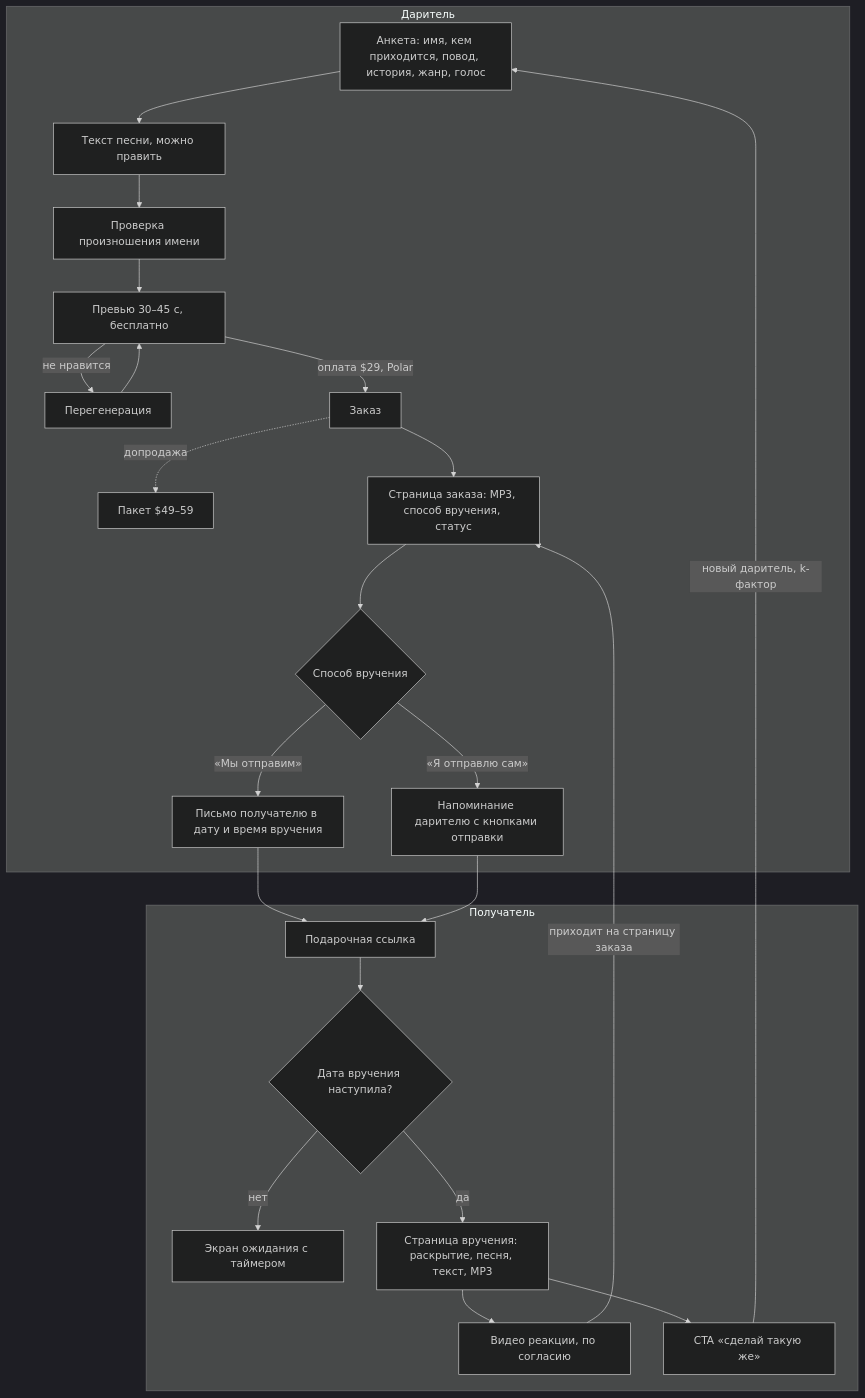
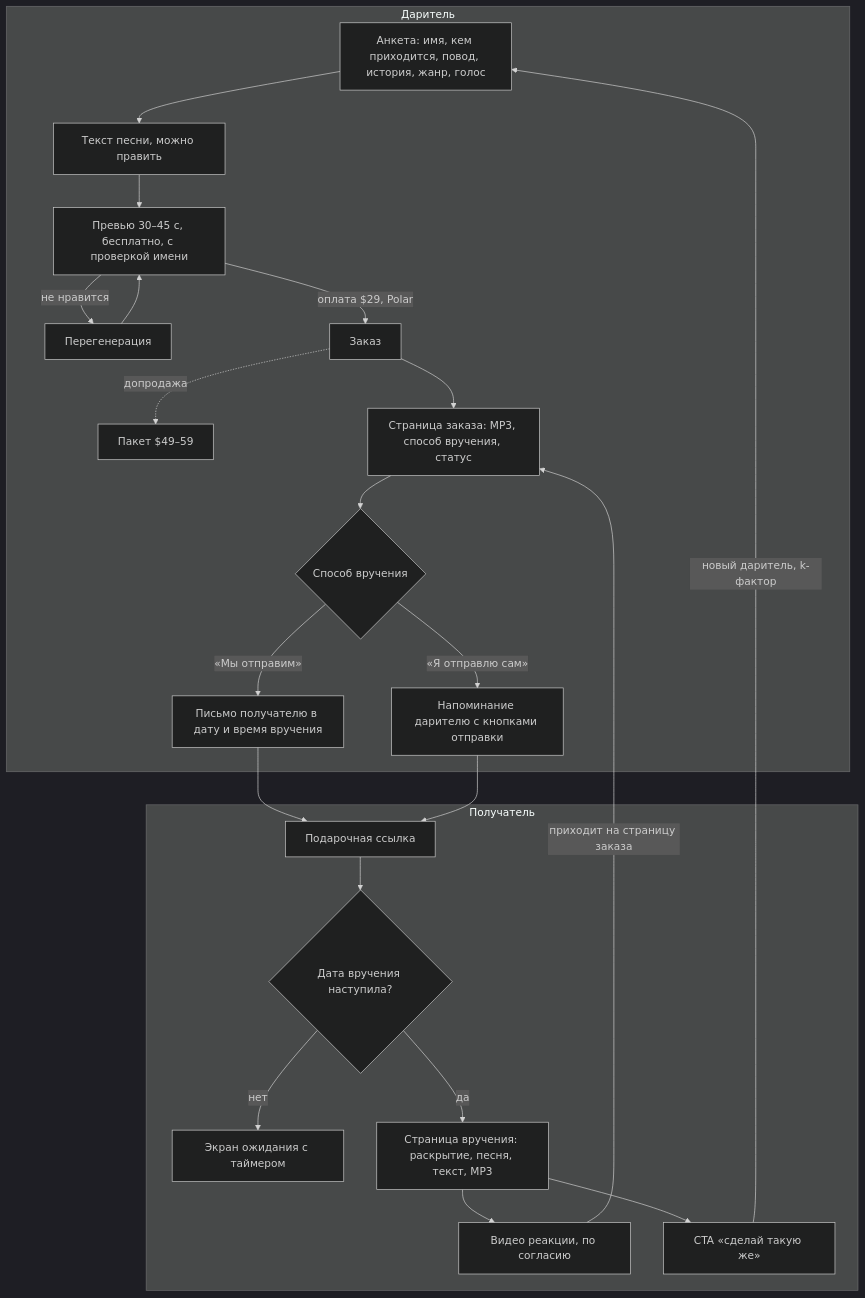
One commit to AlexMubarakshin/yoursongawaits changed the first of 3 diagrams in docs/research/05-decisions.md. Above: the diagram before and after it, drawn with Mermaid (dark theme). The commit also changed other lines of this file and 54 other files, not shown here.

Commit message:
PRD v0.8 and design canvas v73: shorter flow, name check on preview, one plan, flow review B-D

````diff
--- a/docs/research/05-decisions.md
+++ b/docs/research/05-decisions.md
@@ -62,26 +62,25 @@
 ```mermaid
 flowchart TD
     subgraph G["Даритель"]
         A[Анкета: имя, кем приходится, повод, история, жанр, голос] --> B[Текст песни, можно править]
-        B --> C[Проверка произношения имени]
-        C --> D[Превью 30–45 с, бесплатно]
+        B --> D[Превью 30–45 с, бесплатно, с проверкой имени]
         D -->|не нравится| R[Перегенерация] --> D
         D -->|оплата $29, Polar| E[Заказ]
         E -.->|допродажа| P[Пакет $49–59]
         E --> F[Страница заказа: MP3, способ вручения, статус]
         F --> M{Способ вручения}
         M -->|«Мы отправим»| AE[Письмо получателю в дату и время вручения]
         M -->|«Я отправлю сам»| SR[Напоминание дарителю с кнопками отправки]
     end
     subgraph RC["Получатель"]
         AE --> L[Подарочная ссылка]
         SR --> L
         L --> T{Дата вручения наступила?}
         T -->|нет| W[Экран ожидания с таймером]
         T -->|да| RV[Страница вручения: раскрытие, песня, текст, MP3]
         RV --> V[Видео реакции, по согласию]
         RV --> CTA[CTA «сделай такую же»]
     end
     V -->|приходит на страницу заказа| F
     CTA -->|новый даритель, k-фактор| A
 ```
````
